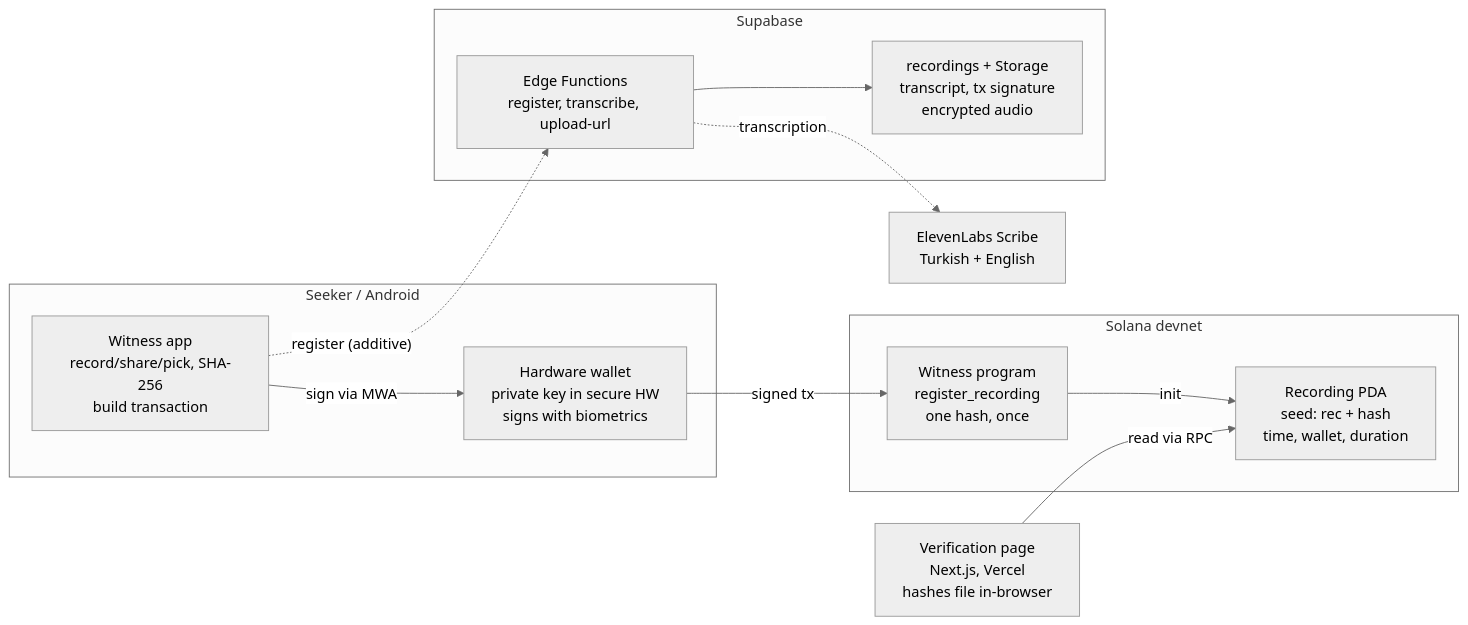
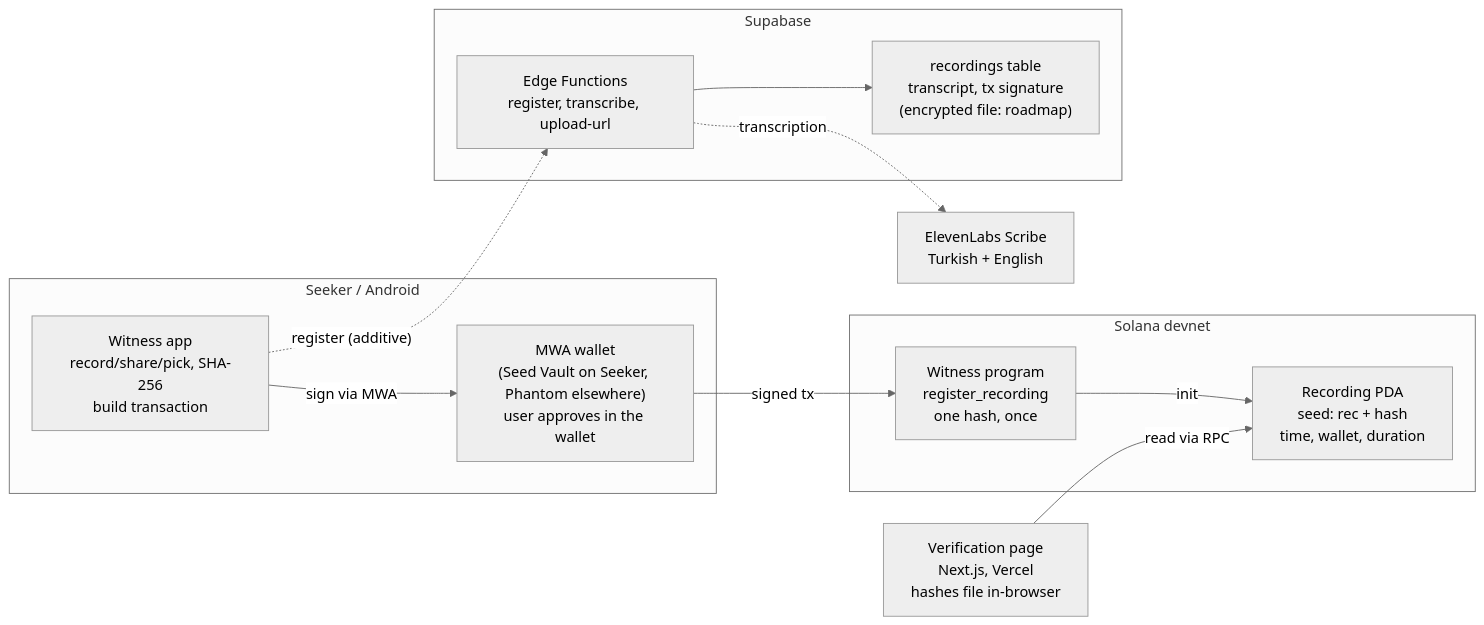
Before and after one commit to GTU-Blockchain/witness_dev3pack2026: the first of 3 diagrams in docs/TECHNICAL.md, drawn with Mermaid (neutral theme). The commit also changed other lines of this file and 3 other files, not shown here.

````diff
--- a/docs/TECHNICAL.md
+++ b/docs/TECHNICAL.md
@@ -22,25 +22,25 @@
 ```mermaid
 flowchart LR
   subgraph Phone["Seeker / Android"]
     APP["Witness app<br/>record/share/pick, SHA-256<br/>build transaction"]
-    SV["Hardware wallet<br/>private key in secure HW<br/>signs with biometrics"]
+    SV["MWA wallet<br/>(Seed Vault on Seeker, Phantom elsewhere)<br/>user approves in the wallet"]
   end
   subgraph Solana["Solana devnet"]
     PROG["Witness program<br/>register_recording<br/>one hash, once"]
     PDA["Recording PDA<br/>seed: rec + hash<br/>time, wallet, duration"]
   end
   WEB["Verification page<br/>Next.js, Vercel<br/>hashes file in-browser"]
   subgraph Supabase
     EF["Edge Functions<br/>register, transcribe, upload-url"]
-    DB["recordings + Storage<br/>transcript, tx signature<br/>encrypted audio"]
+    DB["recordings table<br/>transcript, tx signature<br/>(encrypted file: roadmap)"]
   end
   EL["ElevenLabs Scribe<br/>Turkish + English"]
 
   APP -- "sign via MWA" --> SV
   SV -- "signed tx" --> PROG
   PROG -- init --> PDA
   WEB -- "read via RPC" --> PDA
   APP -. "register (additive)" .-> EF
   EF --> DB
   EF -. transcription .-> EL
 ```
````
